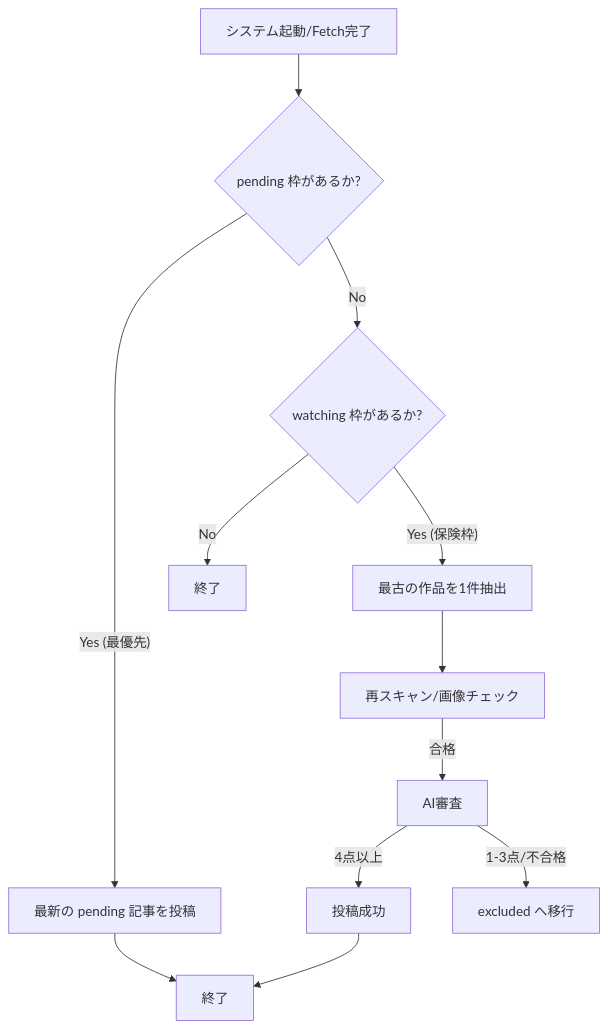
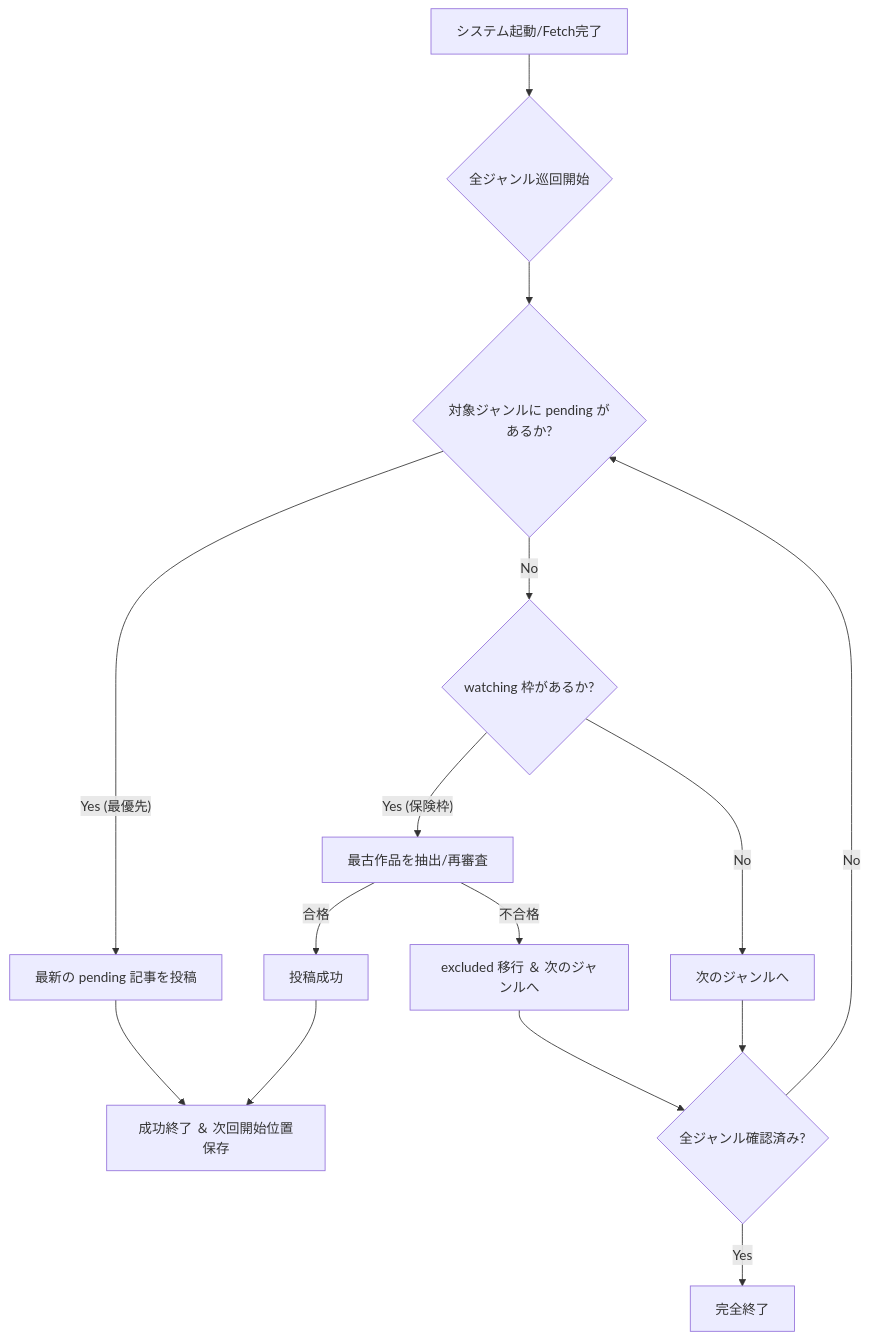
The diagram in SPECIFICATIONS.md (tmy0228-design/novelove-auto-post), drawn with Mermaid before and after one commit. The commit also changed other lines of this file and 3 other files, not shown here.

````diff
--- a/SPECIFICATIONS.md
+++ b/SPECIFICATIONS.md
@@ -16,14 +16,17 @@
 ```mermaid
 graph TD
-    A[システム起動/Fetch完了] --> B{pending 枠があるか?}
-    B -- Yes (最優先) --> C[最新の pending 記事を投稿]
-    B -- No --> D{watching 枠があるか?}
-    D -- Yes (保険枠) --> E[最古の作品を1件抽出]
-    E --> F[再スキャン/画像チェック]
-    F -- 合格 --> G[AI審査]
-    G -- 4点以上 --> H[投稿成功]
-    G -- 1-3点/不合格 --> I[excluded へ移行]
-    D -- No --> J[終了]
-    C --> K[終了]
+    A[システム起動/Fetch完了] --> B{全ジャンル巡回開始}
+    B --> C{対象ジャンルに pending があるか?}
+    C -- Yes (最優先) --> D[最新の pending 記事を投稿]
+    C -- No --> E{watching 枠があるか?}
+    E -- Yes (保険枠) --> F[最古作品を抽出/再審査]
+    F -- 合格 --> G[投稿成功]
+    F -- 不合格 --> H[excluded 移行 ＆ 次のジャンルへ]
+    E -- No --> I[次のジャンルへ]
+    D --> J[成功終了 ＆ 次回開始位置保存]
+    G --> J
+    I --> K{全ジャンル確認済み?}
     H --> K
+    K -- No --> C
+    K -- Yes --> L[完全終了]
 ```
````
